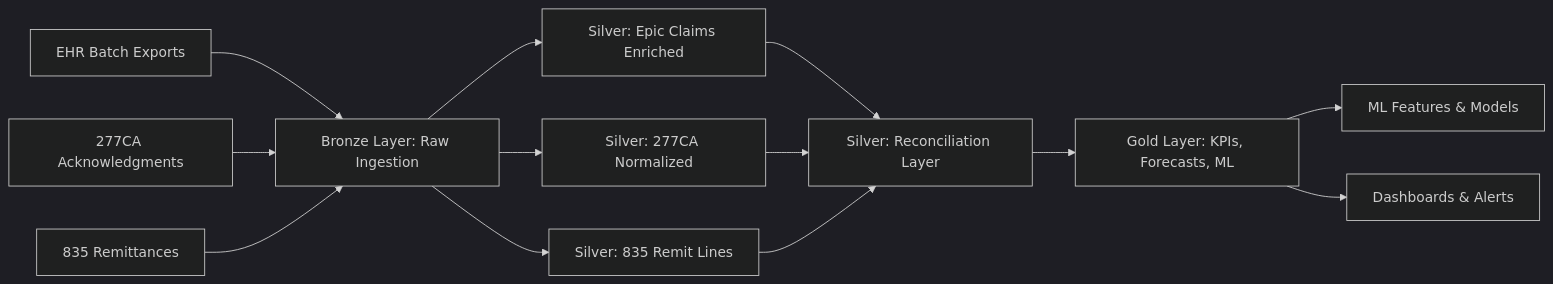
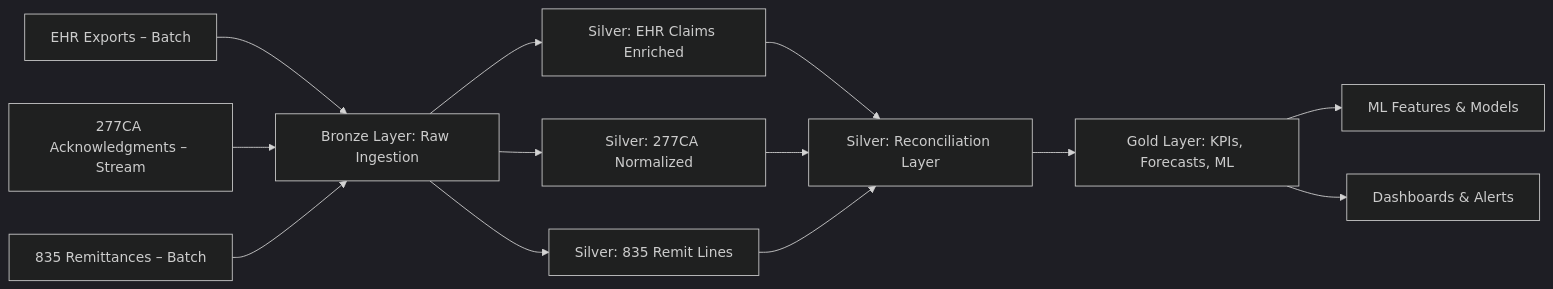
One commit to vorobev-andrew/Claims360 changed the diagram in docs/claims360_data_flow.mmd. Above: the diagram before and after it, drawn with Mermaid (dark theme). The commit also changed 2 other files, not shown here.

```diff
--- a/docs/claims360_data_flow.mmd
+++ b/docs/claims360_data_flow.mmd
@@ -1,16 +1,16 @@
 flowchart LR
-    ehr[EHR Batch Exports] --> bronze[Bronze Layer: Raw Ingestion]
-    277[277CA Acknowledgments] --> bronze
-    835[835 Remittances] --> bronze
-    bronze --> silver_epic[Silver: Epic Claims Enriched]
+    ehr[EHR Exports – Batch] --> bronze[Bronze Layer: Raw Ingestion]
+    277[277CA Acknowledgments – Stream] --> bronze
+    835[835 Remittances – Batch] --> bronze
+    bronze --> silver_ehr[Silver: EHR Claims Enriched]
     bronze --> silver_277[Silver: 277CA Normalized]
     bronze --> silver_835[Silver: 835 Remit Lines]
 
-    silver_epic --> silver_recon[Silver: Reconciliation Layer]
+    silver_ehr --> silver_recon[Silver: Reconciliation Layer]
     silver_277 --> silver_recon
     silver_835 --> silver_recon
 
     silver_recon --> gold[Gold Layer: KPIs, Forecasts, ML]
 
     gold --> M[ML Features & Models]
     gold --> D[Dashboards & Alerts]
```
